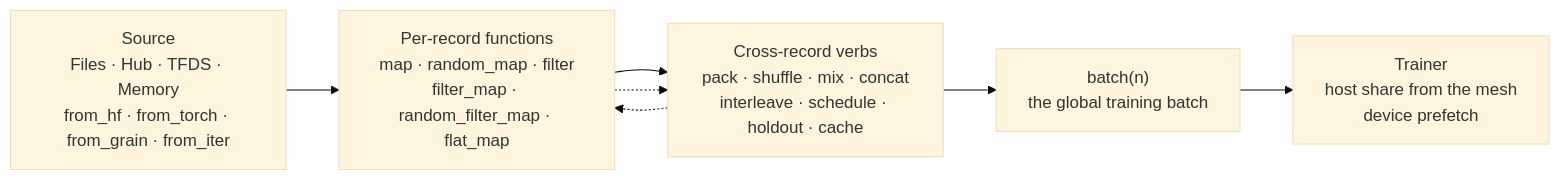
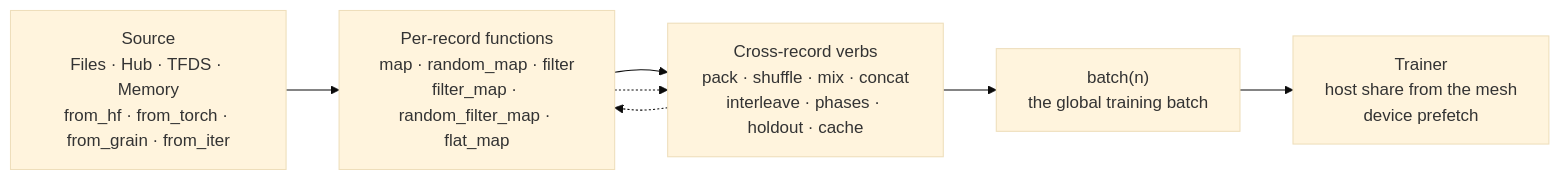
The first of 6 diagrams in docs/design/data.md (AshishKumar4/dew), drawn with Mermaid (base theme) before and after one commit. The commit also changed other lines of this file and 259 other files, not shown here.

````diff
--- a/docs/design/data.md
+++ b/docs/design/data.md
@@ -17,11 +17,11 @@
 ```mermaid
 flowchart LR
   S["Source<br/>Files · Hub · TFDS · Memory<br/>from_hf · from_torch · from_grain · from_iter"]
   R["Per-record functions<br/>map · random_map · filter<br/>filter_map · random_filter_map · flat_map"]
-  X["Cross-record verbs<br/>pack · shuffle · mix · concat<br/>interleave · schedule · holdout · cache"]
+  X["Cross-record verbs<br/>pack · shuffle · mix · concat<br/>interleave · phases · holdout · cache"]
   B["batch(n)<br/>the global training batch"]
   T["Trainer<br/>host share from the mesh<br/>device prefetch"]
   S --> R --> X --> B --> T
   R -.-> X
   X -.-> R
 ```
````
